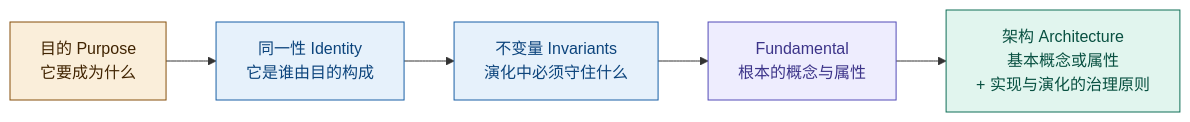
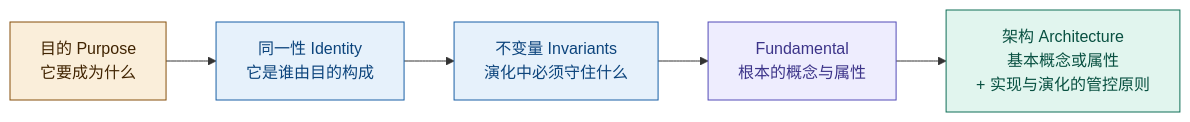
One commit to Yongjunzhou/AOS-system-design changed diagram 16 of 24 in 100-subprojects/01-系统工程研究/00-系统工程相关研究报告/07-架构概念研究报告-从概念设计到架构.md. Above: the diagram before and after it, drawn with Mermaid. The commit also changed other lines of this file and 38 other files, not shown here.

````diff
--- a/100-subprojects/01-系统工程研究/00-系统工程相关研究报告/07-架构概念研究报告-从概念设计到架构.md
+++ b/100-subprojects/01-系统工程研究/00-系统工程相关研究报告/07-架构概念研究报告-从概念设计到架构.md
@@ -609,12 +641,12 @@
 ```mermaid
 flowchart LR
     P["目的 Purpose<br/>它要成为什么"] --> ID["同一性 Identity<br/>它是谁由目的构成"]
     ID --> INV["不变量 Invariants<br/>演化中必须守住什么"]
     INV --> FU["Fundamental<br/>根本的概念与属性"]
-    FU --> AR["架构 Architecture<br/>基本概念或属性<br/>+ 实现与演化的治理原则"]
+    FU --> AR["架构 Architecture<br/>基本概念或属性<br/>+ 实现与演化的管控原则"]
     style P fill:#FAEEDA,stroke:#854F0B,color:#412402
     style ID fill:#E6F1FB,stroke:#185FA5,color:#0C447C
     style INV fill:#E6F1FB,stroke:#185FA5,color:#0C447C
     style FU fill:#EEEDFE,stroke:#534AB7,color:#3C3489
     style AR fill:#E1F5EE,stroke:#0F6E56,color:#085041
 ```
````
